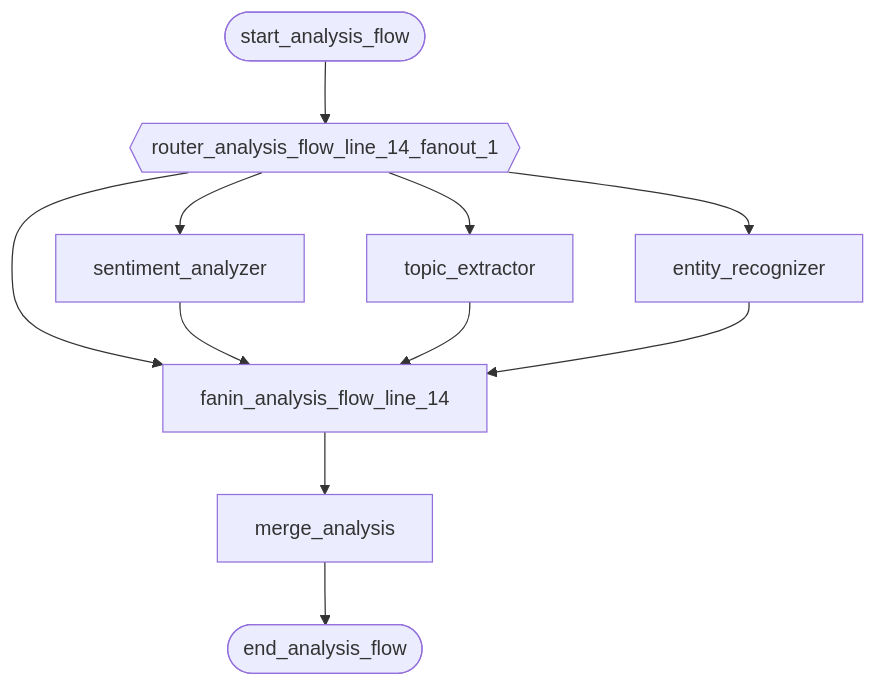
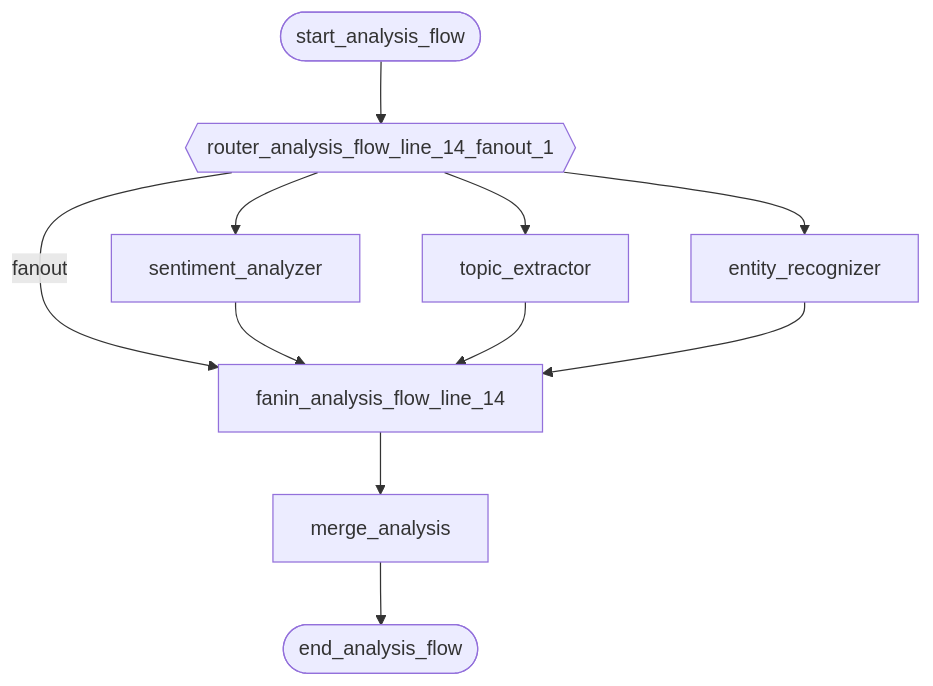
One commit to deliveryhero/asya changed the diagram in examples/flows/compiled/fanout_literal/flow.mmd. Above: the diagram before and after it, drawn with Mermaid. The commit also changed 79 other files, not shown here.

First line of the commit message:
feat(analyzer): add fanout labels to router-to-aggregator edges

```diff
--- a/examples/flows/compiled/fanout_literal/flow.mmd
+++ b/examples/flows/compiled/fanout_literal/flow.mmd
@@ -1,22 +1,22 @@
 flowchart TD
     %% Flow: analysis_flow
 
     end_analysis_flow([end_analysis_flow])
     entity_recognizer[entity_recognizer]
     fanin_analysis_flow_line_14[fanin_analysis_flow_line_14]
     merge_analysis[merge_analysis]
     router_analysis_flow_line_14_fanout_1{{router_analysis_flow_line_14_fanout_1}}
     sentiment_analyzer[sentiment_analyzer]
     start_analysis_flow([start_analysis_flow])
     topic_extractor[topic_extractor]
 
     start_analysis_flow --> router_analysis_flow_line_14_fanout_1
-    router_analysis_flow_line_14_fanout_1 --> fanin_analysis_flow_line_14
+    router_analysis_flow_line_14_fanout_1 -->|fanout| fanin_analysis_flow_line_14
     fanin_analysis_flow_line_14 --> merge_analysis
     router_analysis_flow_line_14_fanout_1 --> sentiment_analyzer
     sentiment_analyzer --> fanin_analysis_flow_line_14
     router_analysis_flow_line_14_fanout_1 --> topic_extractor
     topic_extractor --> fanin_analysis_flow_line_14
     router_analysis_flow_line_14_fanout_1 --> entity_recognizer
     entity_recognizer --> fanin_analysis_flow_line_14
     merge_analysis --> end_analysis_flow
```
